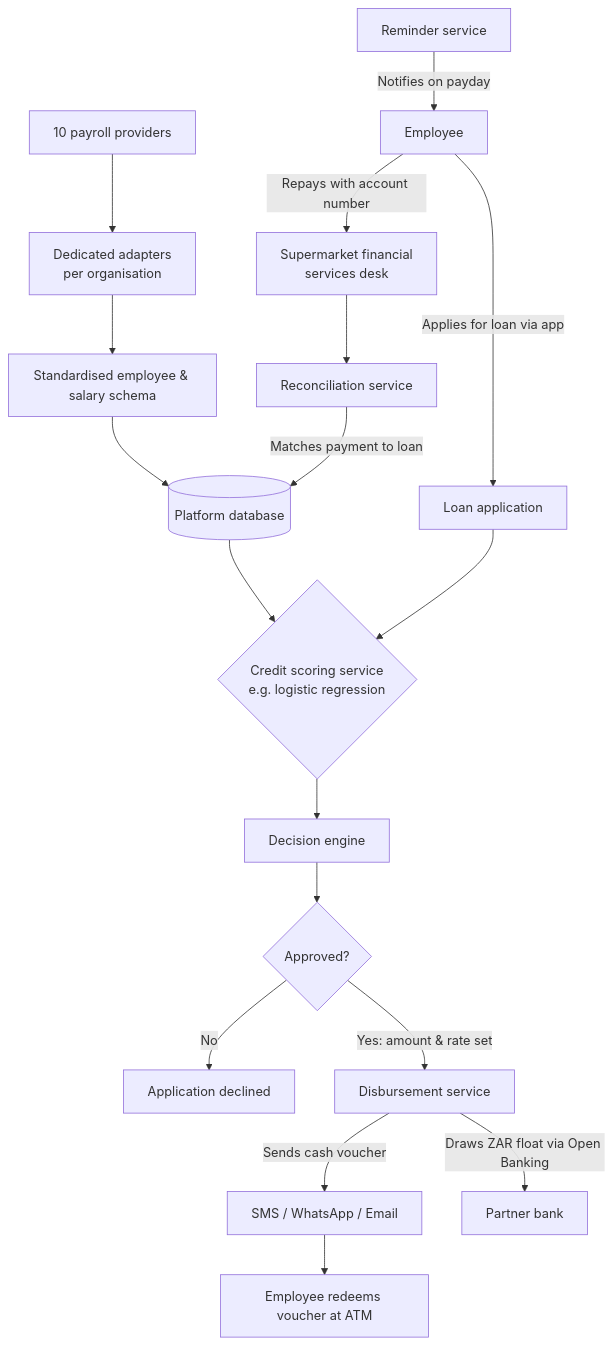
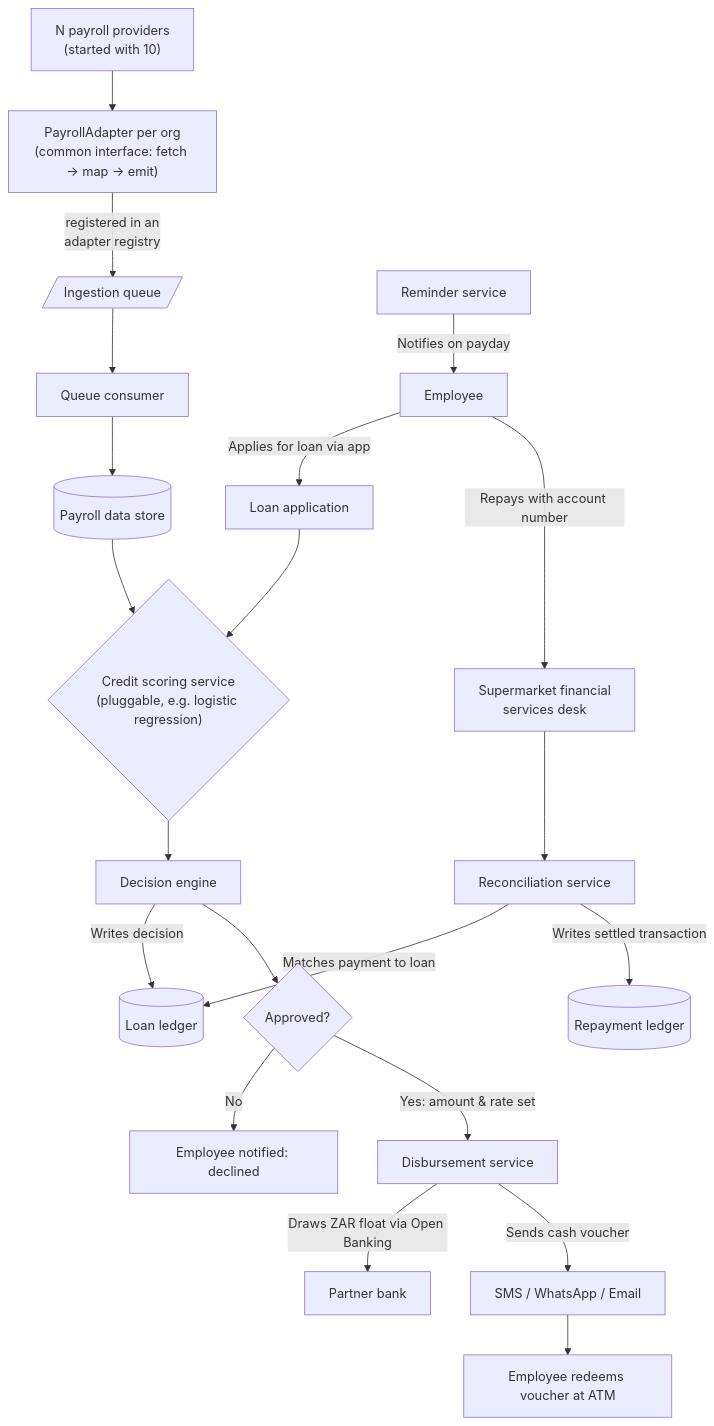
The diagram in payday.md (joevalkin/fse_practice_paper), drawn with Mermaid before and after one commit. The commit also changed other lines of this file and 5 other files, not shown here.

Commit message:
Implement crypto arbitrage trading CLI and expense tracker API; update payday.md architecture

````diff
--- a/payday.md
+++ b/payday.md
@@ -14,23 +22,34 @@
 ```mermaid
 flowchart TD
-    A[10 payroll providers] --> B[Dedicated adapters<br/>per organisation]
-    B --> C[Standardised employee & salary schema]
-    C --> D[(Platform database)]
+    %% Ingestion: adapter pattern is what makes this scale to N organisations,
+    %% since a new org only needs a new adapter, not a core platform change
+    A["N payroll providers<br/>(started with 10)"] --> B["PayrollAdapter per org<br/>(common interface: fetch → map → emit)"]
+    B -->|"registered in an<br/>adapter registry"| Q[/Ingestion queue/]
+
+    %% Queue decouples per-org cadence from the platform and lets
+    %% ingestion workers scale independently
+    Q --> C[Queue consumer]
+    C --> D[(Payroll data store)]
 
     E[Employee] -->|Applies for loan via app| F[Loan application]
-    F --> G{Credit scoring service<br/>e.g. logistic regression}
+
+    %% Credit scoring is pluggable: swap the model without touching
+    %% the decision engine, since the interface is just score in/out
+    F --> G{"Credit scoring service<br/>(pluggable, e.g. logistic regression)"}
     D --> G
     G --> H[Decision engine]
+    H -->|Writes decision| R[(Loan ledger)]
     H --> I{Approved?}
+    I -->|No| Z[Employee notified: declined]
     I -->|Yes: amount & rate set| J[Disbursement service]
-    I -->|No| Z[Application declined]
 
     J -->|Draws ZAR float via Open Banking| K[Partner bank]
     J -->|Sends cash voucher| L[SMS / WhatsApp / Email]
     L --> M[Employee redeems voucher at ATM]
 
     N[Reminder service] -->|Notifies on payday| E
     E -->|Repays with account number| O[Supermarket financial<br/>services desk]
     O --> P[Reconciliation service]
-    P -->|Matches payment to loan| D
+    P -->|Matches payment to loan| R
+    P -->|Writes settled transaction| S[(Repayment ledger)]
 ```
````
